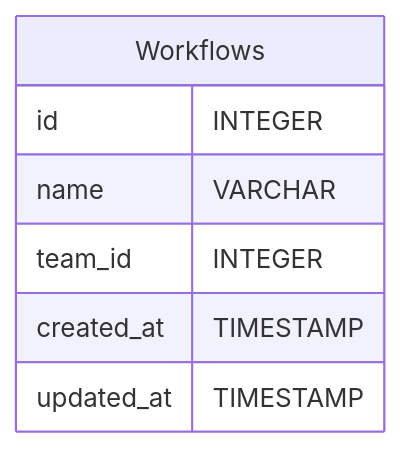
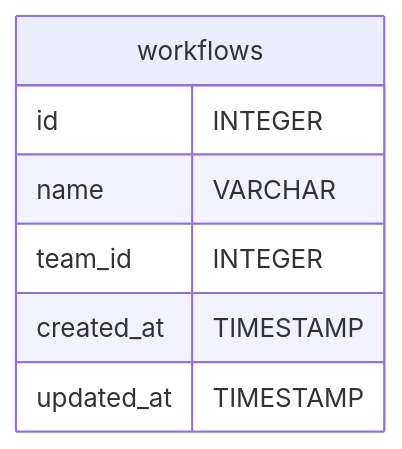
One commit to codeitlikemiley/arta-ecms-docs changed diagram 18 of 41 in infrastructure/db-schema.mdx. Above: the diagram before and after it, drawn with Mermaid. The commit also changed other lines of this file and 34 other files, not shown here.

````diff
--- a/infrastructure/db-schema.mdx
+++ b/infrastructure/db-schema.mdx
@@ -419,10 +724,10 @@
-```mermaid
-erDiagram
-Workflows {
-        id INTEGER
-        name VARCHAR
-        team_id INTEGER
-        created_at TIMESTAMP
-        updated_at TIMESTAMP
-    }
-```
+      ```mermaid
+      erDiagram
+          workflows {
+              id INTEGER
+              name VARCHAR
+              team_id INTEGER
+              created_at TIMESTAMP
+              updated_at TIMESTAMP
+          }
+      ```
````
